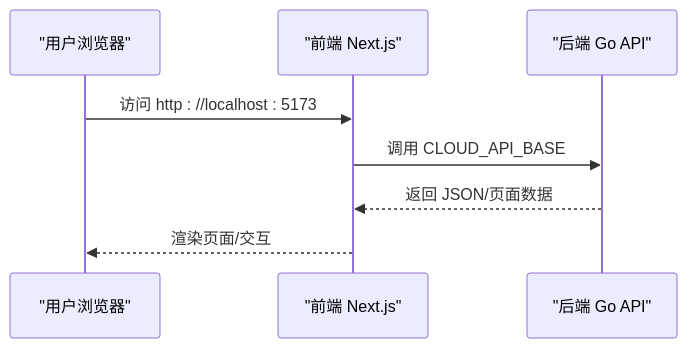
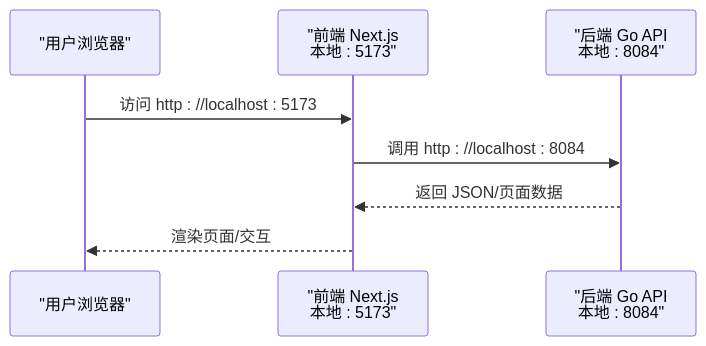
Before and after one commit to alvinwangzi/goodhr: the fourth of 5 diagrams in .qoder/repowiki/zh/content/部署指南/Docker容器化部署.md, drawn with Mermaid. The commit also changed other lines of this file and 10 other files, not shown here.

````diff
--- a/.qoder/repowiki/zh/content/部署指南/Docker容器化部署.md
+++ b/.qoder/repowiki/zh/content/部署指南/Docker容器化部署.md
@@ -147,10 +164,10 @@
 ```mermaid
 sequenceDiagram
 participant U as "用户浏览器"
-participant FE as "前端 Next.js"
-participant BE as "后端 Go API"
+participant FE as "前端 Next.js<br/>本地 : 5173"
+participant BE as "后端 Go API<br/>本地 : 8084"
 U->>FE : 访问 http : //localhost : 5173
-FE->>BE : 调用 CLOUD_API_BASE
+FE->>BE : 调用 http : //localhost : 8084
 BE-->>FE : 返回 JSON/页面数据
 FE-->>U : 渲染页面/交互
 ```
````
